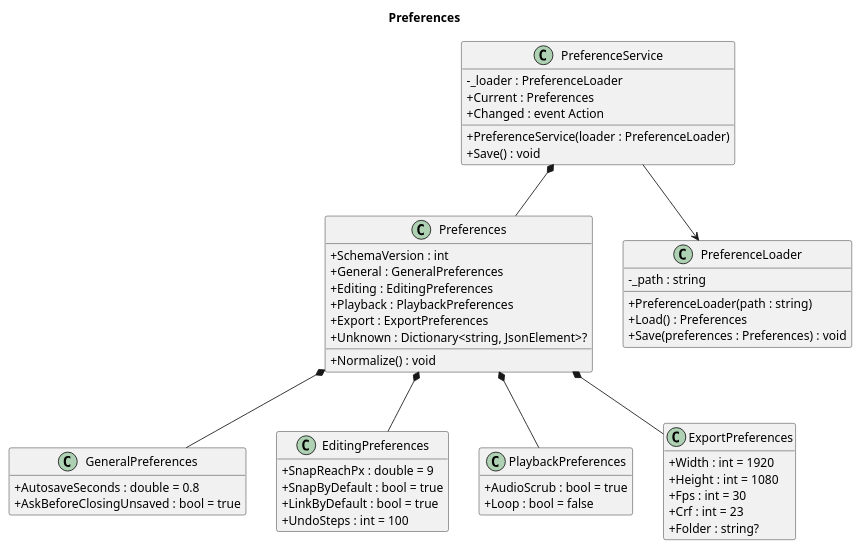
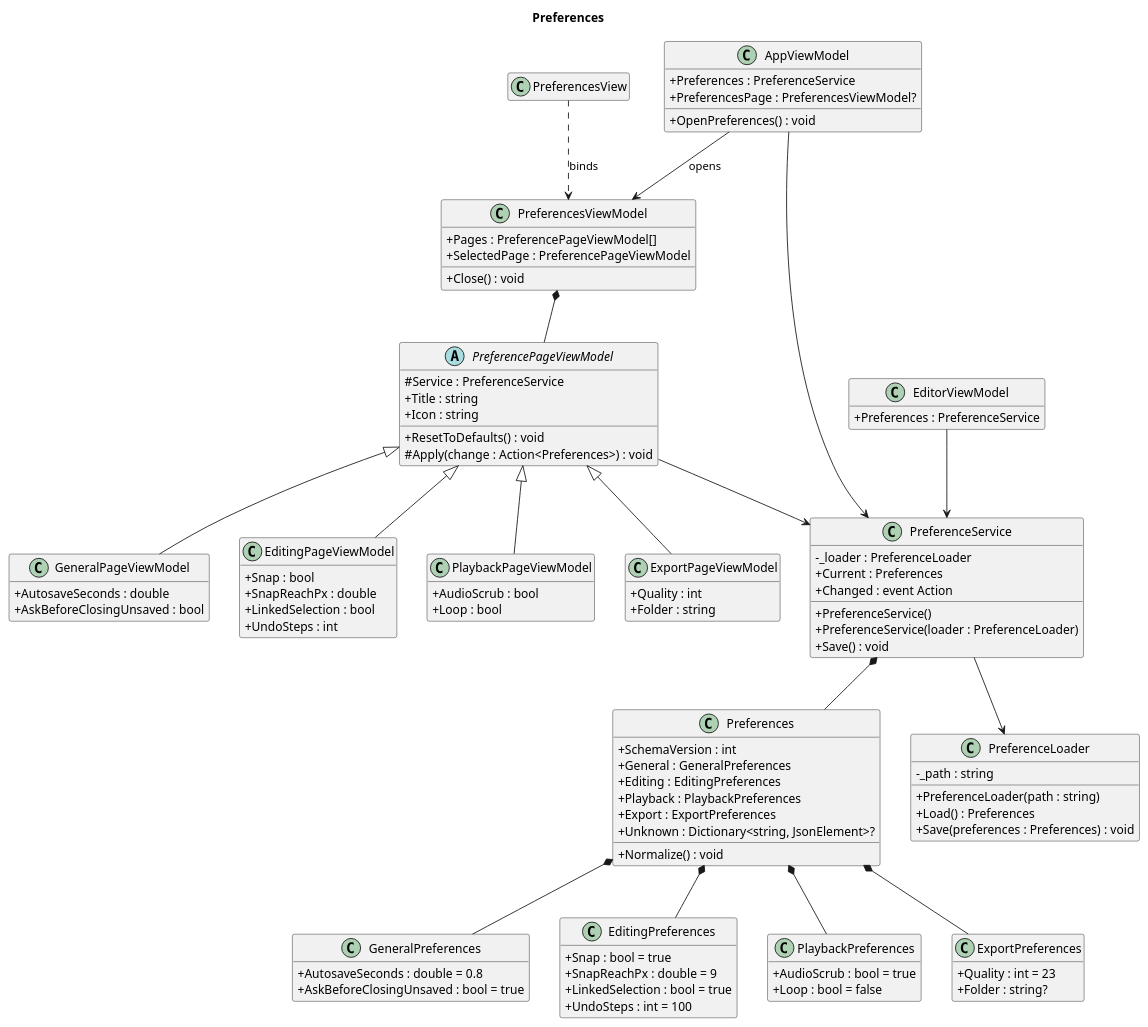
Before and after one commit to Die-Banane/Fig: the diagram in uml/persistence/preferences-schema.puml, drawn with PlantUML. The commit also changed 20 other files, not shown here.

```diff
--- a/uml/persistence/preferences-schema.puml
+++ b/uml/persistence/preferences-schema.puml
@@ -1,62 +1,116 @@
 @startuml
 title Preferences
 skinparam classAttributeIconSize 0
 hide empty members
 
 class Preferences {
   + SchemaVersion : int
   + General : GeneralPreferences
   + Editing : EditingPreferences
   + Playback : PlaybackPreferences
   + Export : ExportPreferences
   + Unknown : Dictionary<string, JsonElement>?
   + Normalize() : void
 }
 
 class GeneralPreferences {
   + AutosaveSeconds : double = 0.8
   + AskBeforeClosingUnsaved : bool = true
 }
 
 class EditingPreferences {
+  + Snap : bool = true
   + SnapReachPx : double = 9
-  + SnapByDefault : bool = true
-  + LinkByDefault : bool = true
+  + LinkedSelection : bool = true
   + UndoSteps : int = 100
 }
 
 class PlaybackPreferences {
   + AudioScrub : bool = true
   + Loop : bool = false
 }
 
 class ExportPreferences {
-  + Width : int = 1920
-  + Height : int = 1080
-  + Fps : int = 30
-  + Crf : int = 23
+  + Quality : int = 23
   + Folder : string?
 }
 
 class PreferenceService {
   - _loader : PreferenceLoader
   + Current : Preferences
   + Changed : event Action
+  + PreferenceService()
   + PreferenceService(loader : PreferenceLoader)
   + Save() : void
+}
+
+class PreferencesViewModel {
+  + Pages : PreferencePageViewModel[]
+  + SelectedPage : PreferencePageViewModel
+  + Close() : void
+}
+
+abstract class PreferencePageViewModel {
+  # Service : PreferenceService
+  + Title : string
+  + Icon : string
+  + ResetToDefaults() : void
+  # Apply(change : Action<Preferences>) : void
+}
+
+class GeneralPageViewModel {
+  + AutosaveSeconds : double
+  + AskBeforeClosingUnsaved : bool
+}
+
+class EditingPageViewModel {
+  + Snap : bool
+  + SnapReachPx : double
+  + LinkedSelection : bool
+  + UndoSteps : int
+}
+
+class PlaybackPageViewModel {
+  + AudioScrub : bool
+  + Loop : bool
+}
+
+class ExportPageViewModel {
+  + Quality : int
+  + Folder : string
+}
+
+class PreferencesView
+class AppViewModel {
+  + Preferences : PreferenceService
+  + PreferencesPage : PreferencesViewModel?
+  + OpenPreferences() : void
+}
+class EditorViewModel {
+  + Preferences : PreferenceService
 }
 
 class PreferenceLoader {
   - _path : string
   + PreferenceLoader(path : string)
   + Load() : Preferences
   + Save(preferences : Preferences) : void
 }
 
 Preferences *-- GeneralPreferences
 Preferences *-- EditingPreferences
 Preferences *-- PlaybackPreferences
 Preferences *-- ExportPreferences
 PreferenceService *-- Preferences
 PreferenceService --> PreferenceLoader
+PreferencesViewModel *-- PreferencePageViewModel
+PreferencePageViewModel <|-- GeneralPageViewModel
+PreferencePageViewModel <|-- EditingPageViewModel
+PreferencePageViewModel <|-- PlaybackPageViewModel
+PreferencePageViewModel <|-- ExportPageViewModel
+PreferencePageViewModel --> PreferenceService
+PreferencesView ..> PreferencesViewModel : binds
+AppViewModel --> PreferenceService
+AppViewModel --> PreferencesViewModel : opens
+EditorViewModel --> PreferenceService
 @enduml
```
